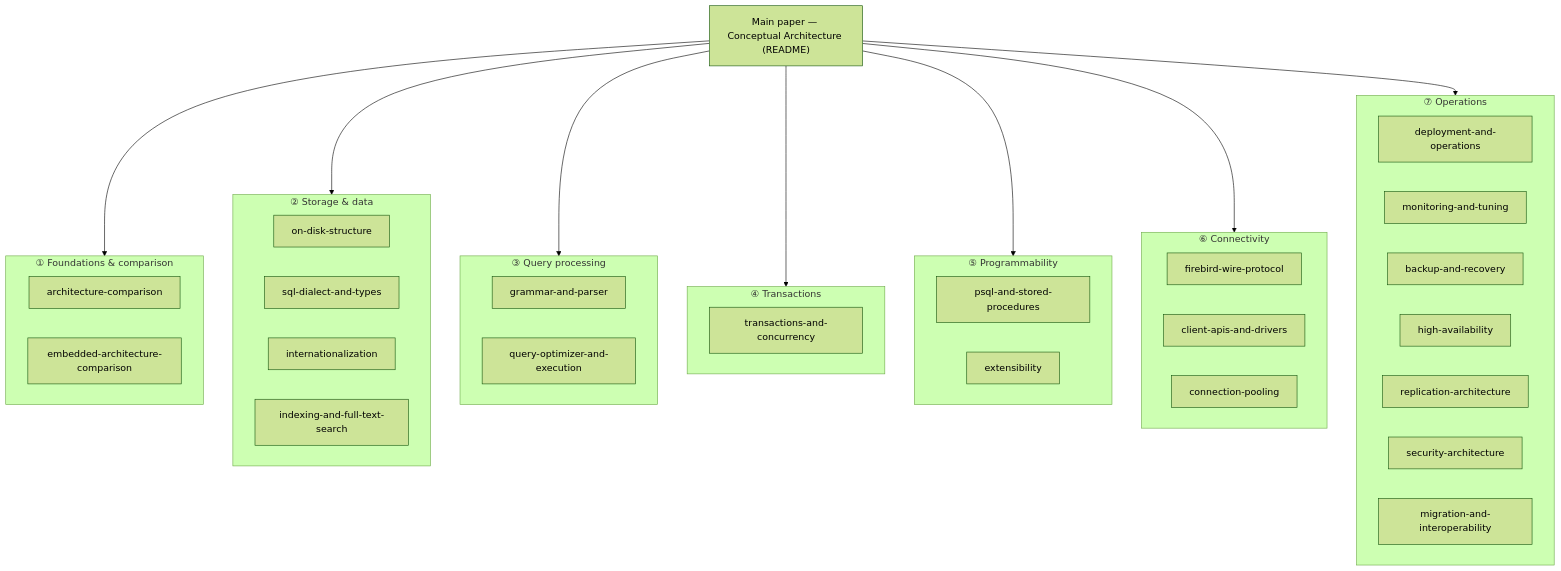
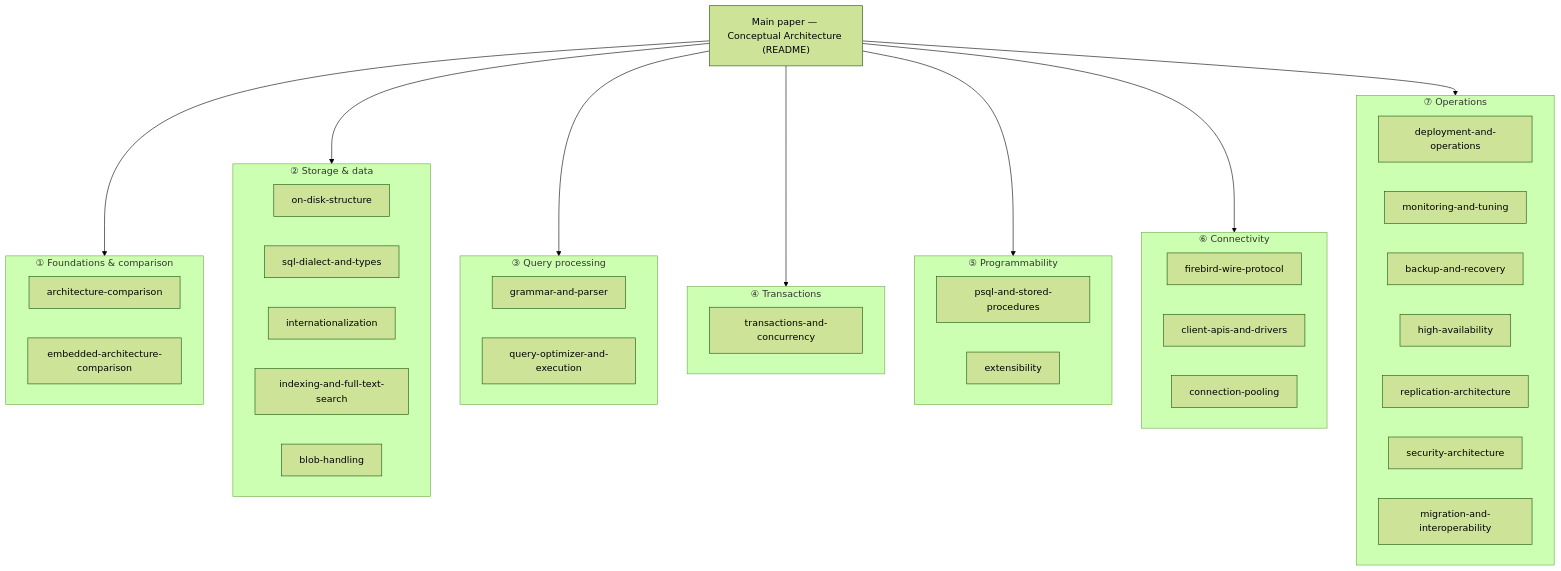
One commit to mariuz/conceptual-architecture-for-firebird-paper changed the diagram in READING-GUIDE.md. Above: the diagram before and after it, drawn with Mermaid (forest theme). The commit also changed other lines of this file and 2 other files, not shown here.

First line of the commit message:
Add BLOB and large-object handling document

````diff
--- a/READING-GUIDE.md
+++ b/READING-GUIDE.md
@@ -9,42 +9,43 @@
 ```mermaid
 flowchart TB
     PAPER["Main paper — Conceptual Architecture (README)"]
 
     PAPER --> T1 & T2 & T3 & T4 & T5 & T6 & T7
 
     subgraph T1["① Foundations & comparison"]
         A1["architecture-comparison"]
         A2["embedded-architecture-comparison"]
     end
     subgraph T2["② Storage & data"]
         B1["on-disk-structure"]
         B2["sql-dialect-and-types"]
         B3["internationalization"]
         B4["indexing-and-full-text-search"]
+        B5["blob-handling"]
     end
     subgraph T3["③ Query processing"]
         C1["grammar-and-parser"]
         C2["query-optimizer-and-execution"]
     end
     subgraph T4["④ Transactions"]
         D1["transactions-and-concurrency"]
     end
     subgraph T5["⑤ Programmability"]
         E1["psql-and-stored-procedures"]
         E2["extensibility"]
     end
     subgraph T6["⑥ Connectivity"]
         F1["firebird-wire-protocol"]
         F2["client-apis-and-drivers"]
         F3["connection-pooling"]
     end
     subgraph T7["⑦ Operations"]
         G1["deployment-and-operations"]
         G2["monitoring-and-tuning"]
         G3["backup-and-recovery"]
         G4["high-availability"]
         G5["replication-architecture"]
         G6["security-architecture"]
         G7["migration-and-interoperability"]
     end
 ```
````
